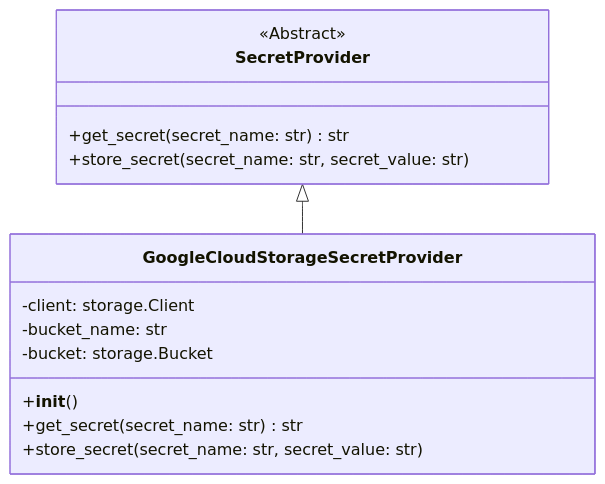
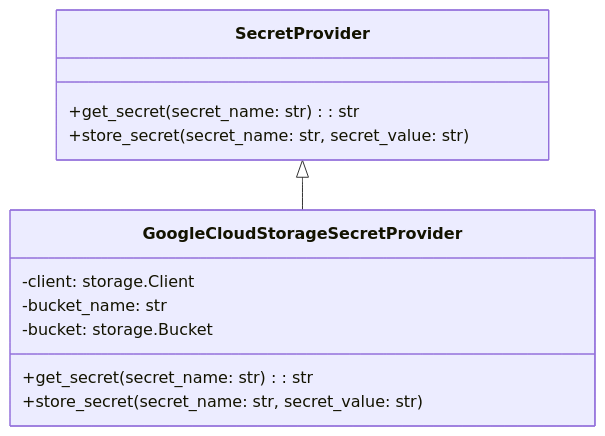
One commit to chungocchien/pr-agentt changed the diagram in docs/secret_providers.md. Above: the diagram before and after it, drawn with Mermaid. The commit also changed other lines of this file and 34 other files, not shown here.

````diff
--- a/docs/secret_providers.md
+++ b/docs/secret_providers.md
@@ -9,19 +11,15 @@
 ```mermaid
 classDiagram
-    class SecretProvider {
-        <<Abstract>>
-        +get_secret(secret_name: str) str
+    SecretProvider <|-- GoogleCloudStorageSecretProvider
+    class SecretProvider{
+        +get_secret(secret_name: str) : str
         +store_secret(secret_name: str, secret_value: str)
     }
-
-    class GoogleCloudStorageSecretProvider {
+    class GoogleCloudStorageSecretProvider{
         -client: storage.Client
         -bucket_name: str
         -bucket: storage.Bucket
-        +__init__()
-        +get_secret(secret_name: str) str
+        +get_secret(secret_name: str) : str
         +store_secret(secret_name: str, secret_value: str)
     }
-
-    SecretProvider <|-- GoogleCloudStorageSecretProvider
 ```
````
